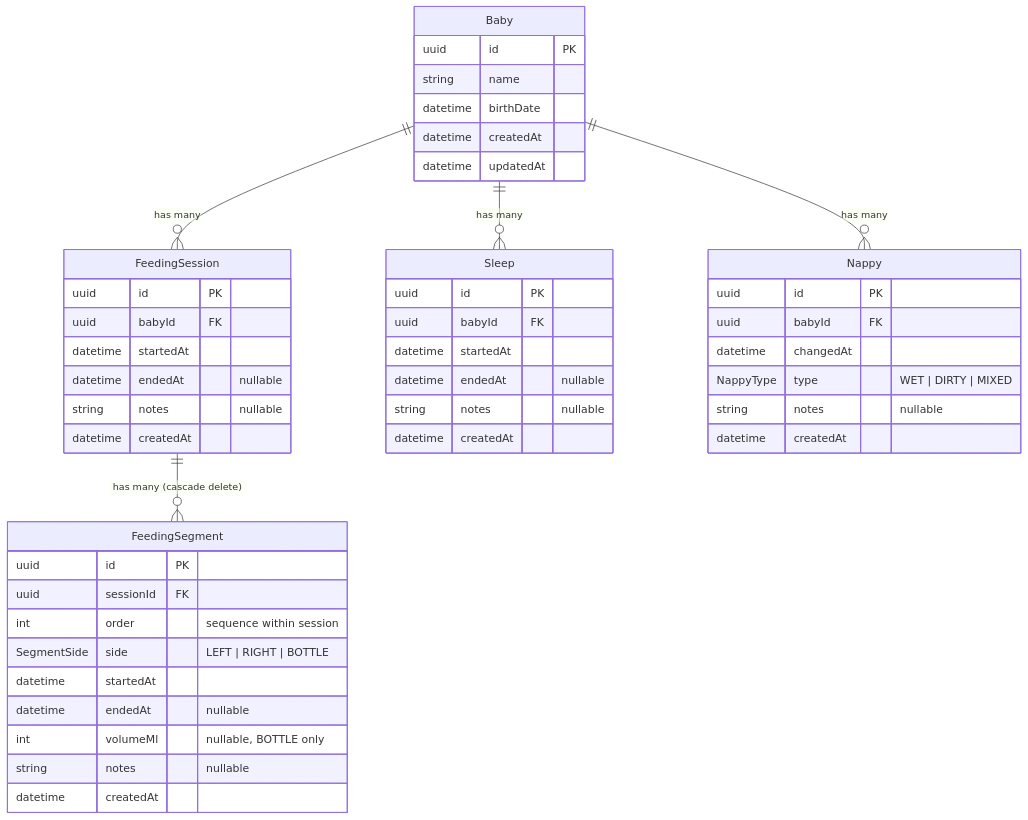
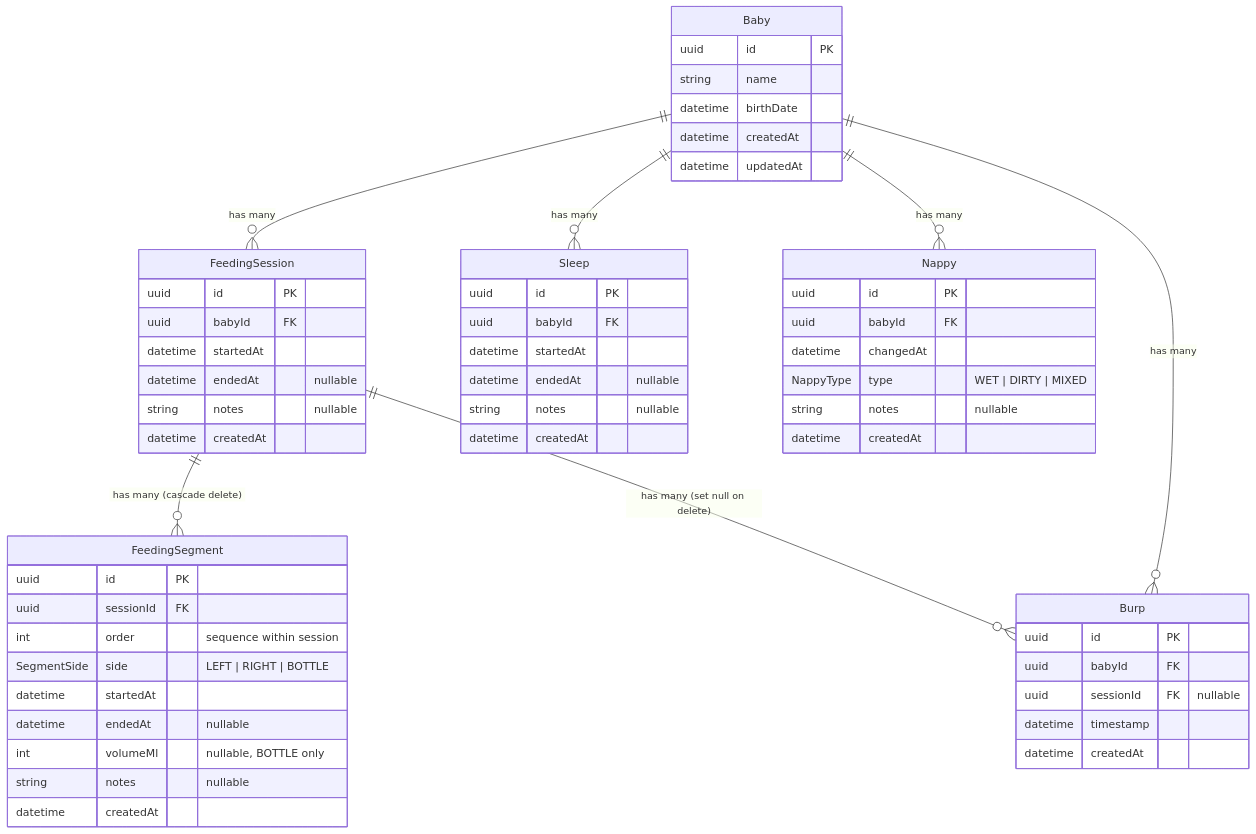
The diagram in docs/data-model.mermaid (Margaryt/babyluki), drawn with Mermaid before and after one commit. The commit also changed 1 other file, not shown here.

```diff
--- a/docs/data-model.mermaid
+++ b/docs/data-model.mermaid
@@ -1,52 +1,62 @@
 erDiagram
     Baby {
         uuid id PK
         string name
         datetime birthDate
         datetime createdAt
         datetime updatedAt
     }
 
     FeedingSession {
         uuid id PK
         uuid babyId FK
         datetime startedAt
         datetime endedAt "nullable"
         string notes "nullable"
         datetime createdAt
     }
 
     FeedingSegment {
         uuid id PK
         uuid sessionId FK
         int order "sequence within session"
         SegmentSide side "LEFT | RIGHT | BOTTLE"
         datetime startedAt
         datetime endedAt "nullable"
         int volumeMl "nullable, BOTTLE only"
         string notes "nullable"
         datetime createdAt
     }
 
+    Burp {
+        uuid id PK
+        uuid babyId FK
+        uuid sessionId FK "nullable"
+        datetime timestamp
+        datetime createdAt
+    }
+
     Sleep {
         uuid id PK
         uuid babyId FK
         datetime startedAt
         datetime endedAt "nullable"
         string notes "nullable"
         datetime createdAt
     }
 
     Nappy {
         uuid id PK
         uuid babyId FK
         datetime changedAt
         NappyType type "WET | DIRTY | MIXED"
         string notes "nullable"
         datetime createdAt
     }
 
     Baby ||--o{ FeedingSession : "has many"
     FeedingSession ||--o{ FeedingSegment : "has many (cascade delete)"
+    FeedingSession ||--o{ Burp : "has many (set null on delete)"
+    Baby ||--o{ Burp : "has many"
     Baby ||--o{ Sleep : "has many"
     Baby ||--o{ Nappy : "has many"
```
